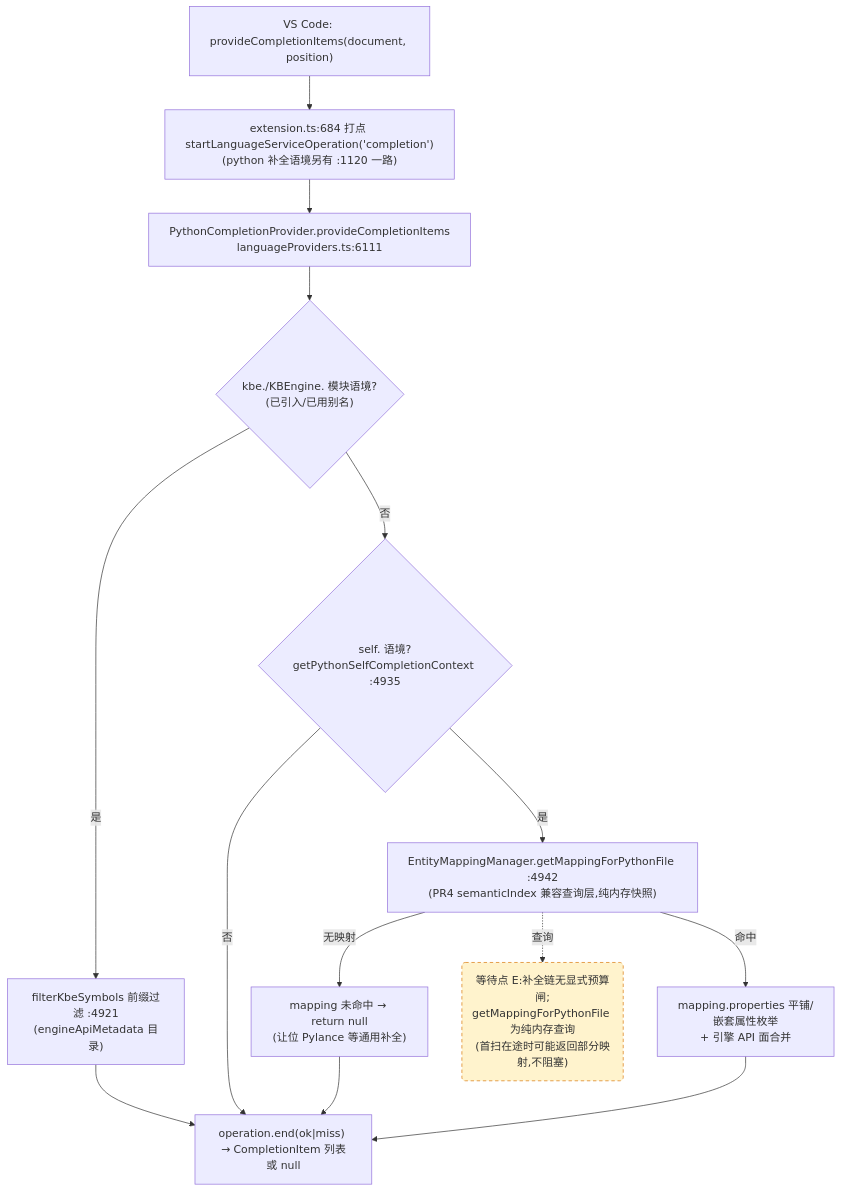
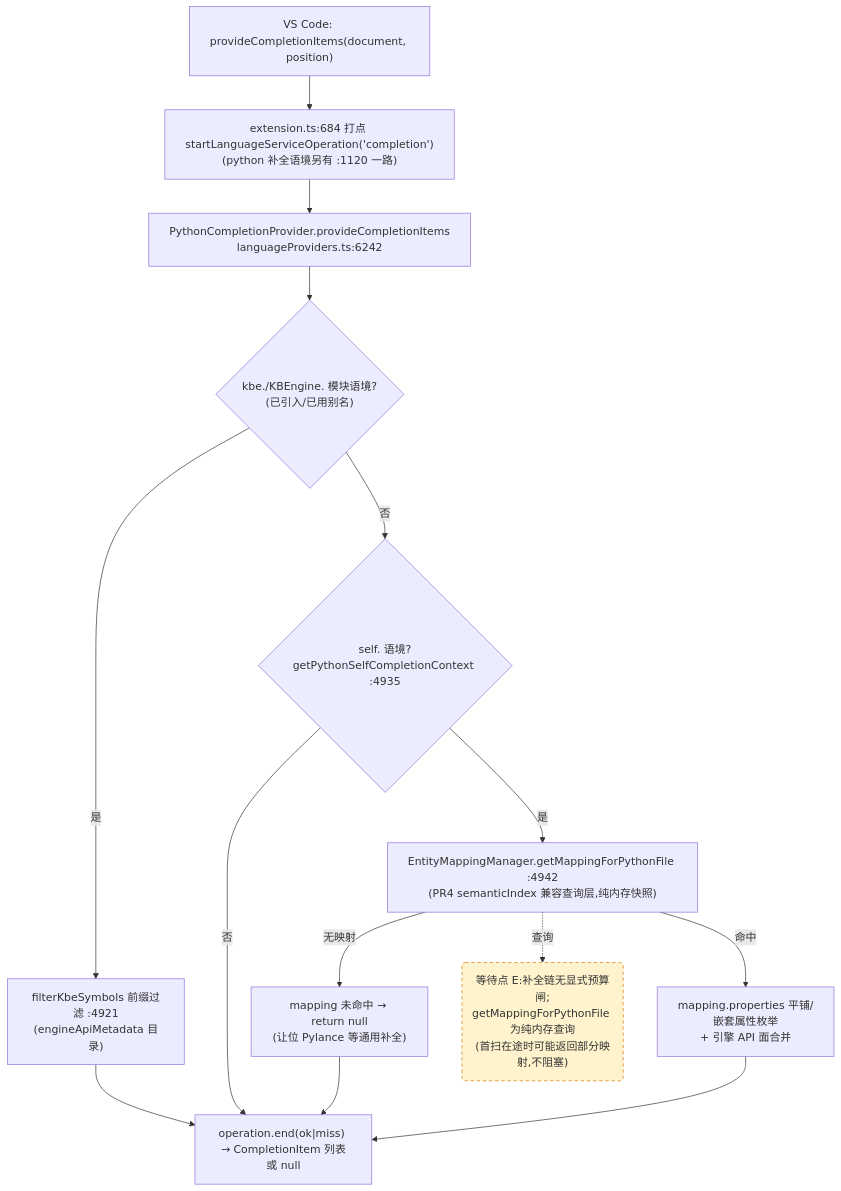
Before and after one commit to cuihairu/kode: the third of 4 diagrams in docs/perf/2026-baseline.md, drawn with Mermaid. The commit also changed other lines of this file and 4 other files, not shown here.

````diff
--- a/docs/perf/2026-baseline.md
+++ b/docs/perf/2026-baseline.md
@@ -184,27 +184,27 @@
 ```mermaid
 flowchart TD
   VC3["VS Code: provideCompletionItems(document, position)"]
   M3["extension.ts:684 打点 startLanguageServiceOperation('completion')<br/>(python 补全语境另有 :1120 一路)"]
-  CP["PythonCompletionProvider.provideCompletionItems<br/>languageProviders.ts:6111"]
+  CP["PythonCompletionProvider.provideCompletionItems<br/>languageProviders.ts:6242"]
   KBEC{"kbe./KBEngine. 模块语境?<br/>(已引入/已用别名)"}
   FILTER["filterKbeSymbols 前缀过滤 :4921<br/>(engineApiMetadata 目录)"]
   SELFC{"self. 语境?<br/>getPythonSelfCompletionContext :4935"}
   MAP["EntityMappingManager.getMappingForPythonFile :4942<br/>(PR4 semanticIndex 兼容查询层,纯内存快照)"]
   NOMAP["mapping 未命中 → return null<br/>(让位 Pylance 等通用补全)"]
   PROPS["mapping.properties 平铺/嵌套属性枚举<br/>+ 引擎 API 面合并"]
   END3["operation.end(ok|miss) → CompletionItem 列表或 null"]
 
   VC3 --> M3 --> CP --> KBEC
   KBEC -- "是" --> FILTER --> END3
   KBEC -- "否" --> SELFC
   SELFC -- "否" --> END3
   SELFC -- "是" --> MAP
   MAP -- "无映射" --> NOMAP --> END3
   MAP -- "命中" --> PROPS --> END3
 
   WAITE("等待点 E:补全链无显式预算闸;<br/>getMappingForPythonFile 为纯内存查询<br/>(首扫在途时可能返回部分映射,不阻塞)")
   MAP -.->|查询| WAITE
 
   classDef waitPoint fill:#fff3cd,stroke:#d97706,stroke-dasharray:5 4;
   class WAITE waitPoint;
 ```
````
